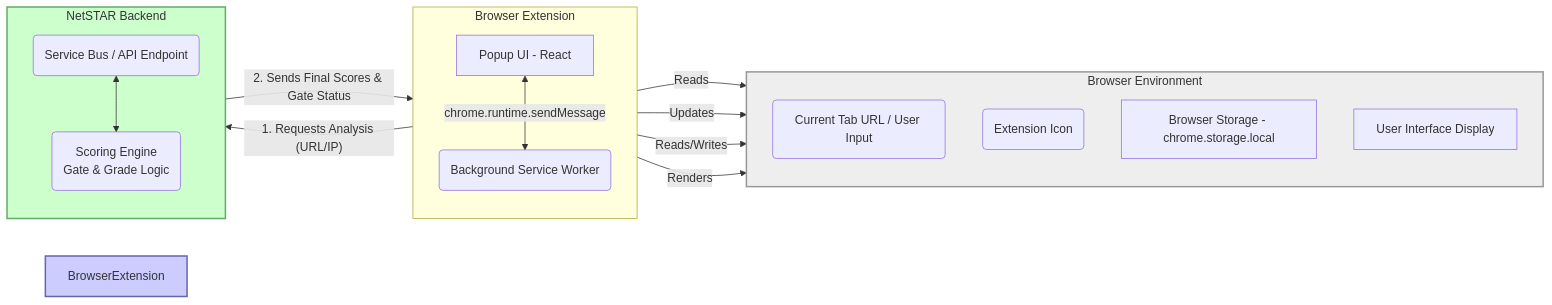
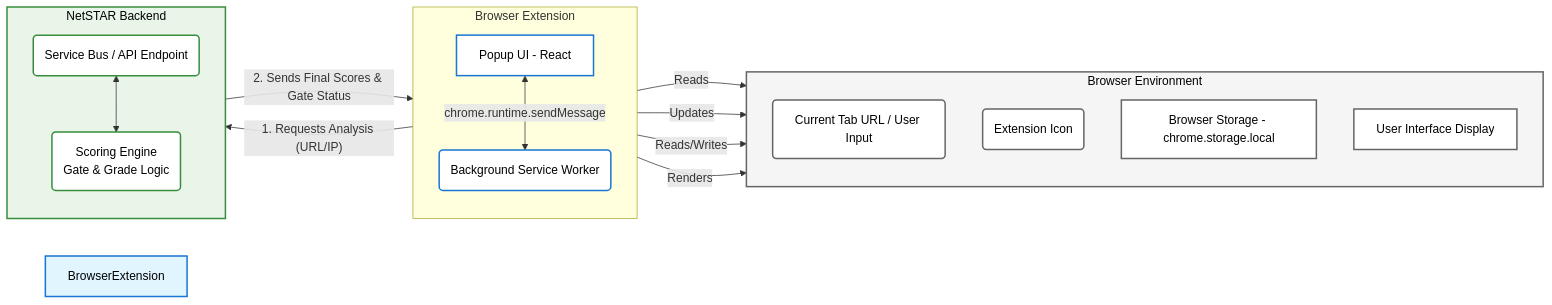
One commit to 21tmccauley/netstar-shield-prototype-1 changed the first of 2 diagrams in ARCHITECTURE.md. Above: the diagram before and after it, drawn with Mermaid.

Commit message:
changed docs styling

````diff
--- a/ARCHITECTURE.md
+++ b/ARCHITECTURE.md
@@ -7,36 +7,44 @@
 ```mermaid
 graph LR
     subgraph Browser Extension [Browser Extension]
         direction TB
         A[Popup UI - React]
         B(Background Service Worker)
         A <-->|chrome.runtime.sendMessage| B;
     end
 
     subgraph Browser [Browser Environment]
         direction TB
         C(Current Tab URL / User Input)
         D(Extension Icon)
         E[Browser Storage - chrome.storage.local]
         F[User Interface Display]
 
         B -- Reads --> C;
         B -- Updates --> D;
         B -- Reads/Writes --> E;
         A -- Renders --> F;
     end
 
     subgraph NetSTARBackend [NetSTAR Backend]
         direction TB
         G(Service Bus / API Endpoint)
         H(Scoring Engine <br/> Gate & Grade Logic)
         G <--> H;
     end
 
     B -- 1. Requests Analysis (URL/IP) --> G;
     G -- 2. Sends Final Scores & Gate Status --> B;
 
-    style BrowserExtension fill:#ccf,stroke:#66a,stroke-width:2px
-    style Browser fill:#eee,stroke:#999,stroke-width:2px
-    style NetSTARBackend fill:#cfc,stroke:#6a6,stroke-width:2px
+    style BrowserExtension fill:#e1f5fe,stroke:#1976d2,stroke-width:2px,color:#000
+    style Browser fill:#f5f5f5,stroke:#666,stroke-width:2px,color:#000
+    style NetSTARBackend fill:#e8f5e8,stroke:#388e3c,stroke-width:2px,color:#000
+    style A fill:#fff,stroke:#1976d2,stroke-width:2px,color:#000
+    style B fill:#fff,stroke:#1976d2,stroke-width:2px,color:#000
+    style C fill:#fff,stroke:#666,stroke-width:2px,color:#000
+    style D fill:#fff,stroke:#666,stroke-width:2px,color:#000
+    style E fill:#fff,stroke:#666,stroke-width:2px,color:#000
+    style F fill:#fff,stroke:#666,stroke-width:2px,color:#000
+    style G fill:#fff,stroke:#388e3c,stroke-width:2px,color:#000
+    style H fill:#fff,stroke:#388e3c,stroke-width:2px,color:#000
 ```
````
